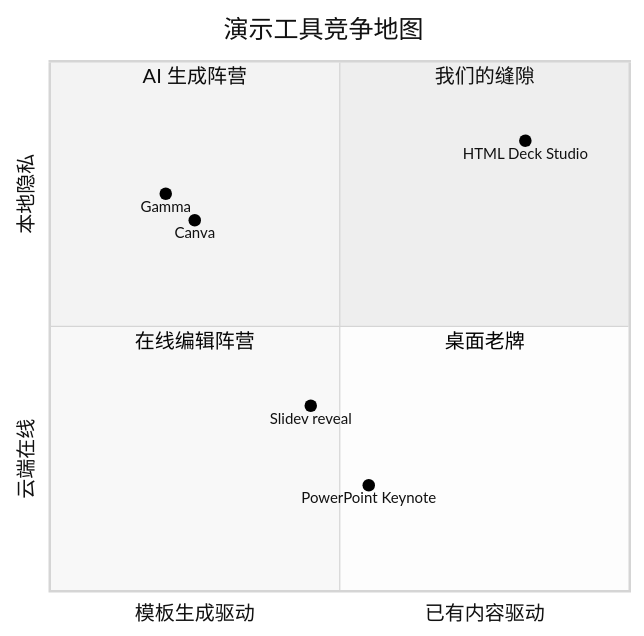
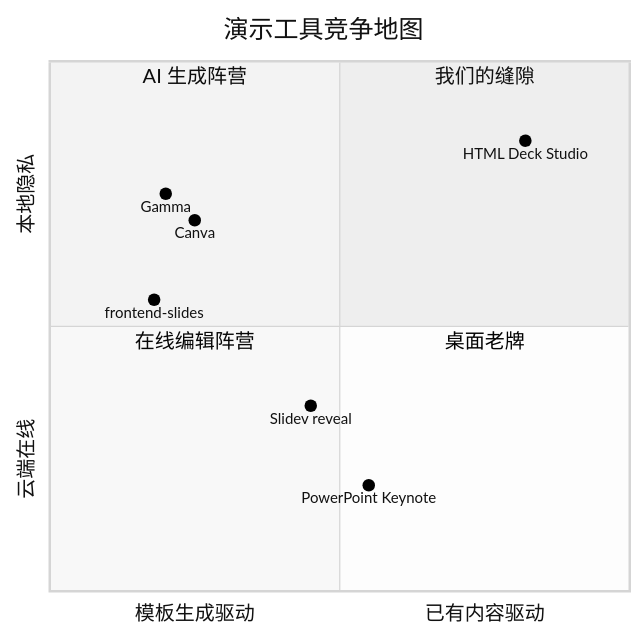
Before and after one commit to Trade-Offf/NextPPT: the first of 5 diagrams in docs/GROWTH.md, drawn with Mermaid (neutral theme). The commit also changed other lines of this file and 7 other files, not shown here.

````diff
--- a/docs/GROWTH.md
+++ b/docs/GROWTH.md
@@ -13,15 +13,16 @@
 ```mermaid
 quadrantChart
   title 演示工具竞争地图
   x-axis 模板生成驱动 --> 已有内容驱动
   y-axis 云端在线 --> 本地隐私
   quadrant-1 我们的缝隙
   quadrant-2 AI 生成阵营
   quadrant-3 在线编辑阵营
   quadrant-4 桌面老牌
   Gamma: [0.2, 0.75]
   Canva: [0.25, 0.7]
+  frontend-slides: [0.18, 0.55]
   Slidev reveal: [0.45, 0.35]
   PowerPoint Keynote: [0.55, 0.2]
   HTML Deck Studio: [0.82, 0.85]
 ```
````
